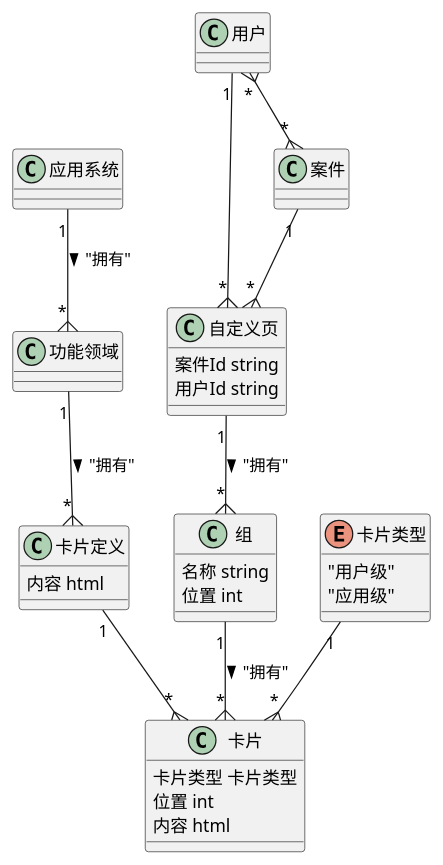
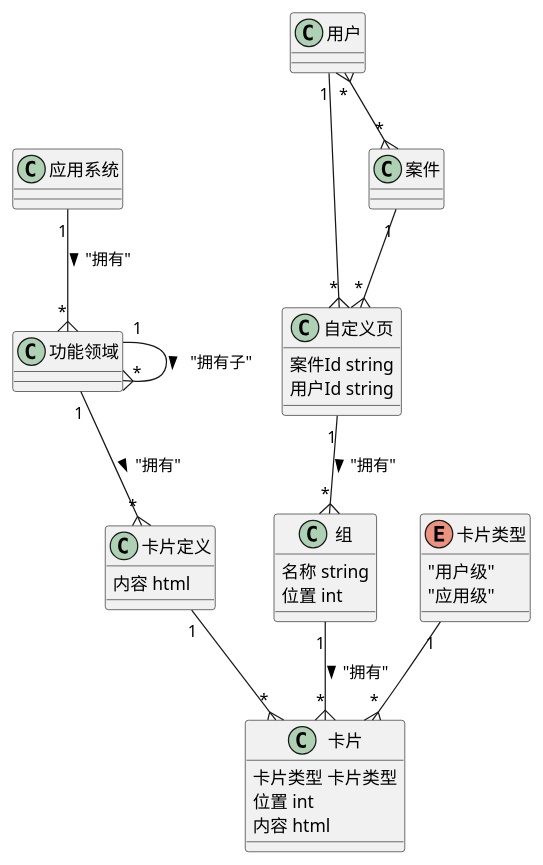
One commit to liuxd6825/dapr-go-ddd-sdk changed the diagram in app/domain/sys/xuml-card/model.puml. Above: the diagram before and after it, drawn with PlantUML.

Commit message:
card管理系统设计

```diff
--- a/app/domain/sys/xuml-card/model.puml
+++ b/app/domain/sys/xuml-card/model.puml
@@ -1,41 +1,42 @@
 @startuml
 class "应用系统" as app {
 }
 class "功能领域" as domain {
 }
 class "卡片定义" as cardFile {
     内容 html
 }
 class "自定义页" as pageView {
     案件Id string
     用户Id string
 }
 class "组" as groupView {
     名称 string
     位置 int
 }
 class "卡片" as cardView {
     卡片类型 卡片类型
     位置 int
     内容 html
 }
 class "案件" as case {
 }
 class "用户" as user {
 }
 enum "卡片类型" as cardType {
     "用户级"
     "应用级"
 }
 app "1" --{ "*" domain : "拥有" >
 domain "1" --{ "*" cardFile : "拥有" >
 user "*" }--{ "*" case
 case "1" --{ "*" pageView
 user "1" --{ "*" pageView
 
 pageView "1" --{ "*" groupView : "拥有" >
 groupView "1"  --{ "*" cardView :  "拥有" >
 cardType "1" --{ "*" cardView
 cardFile "1" --{ "*" cardView
+domain "1" --{ "*" domain : "拥有子" >
 
 @enduml
```
